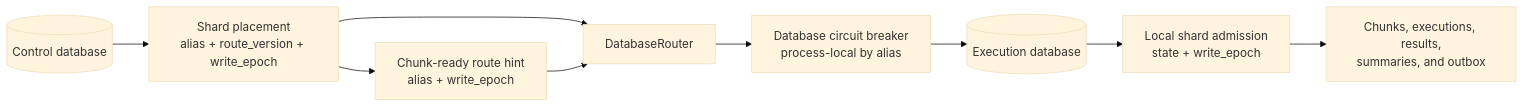
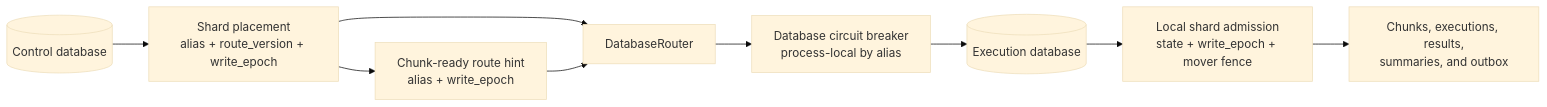
Before and after one commit to gregl83/agent-vigilo: the first of 4 diagrams in web/docs/architecture/scaling/index.mdx, drawn with Mermaid (base theme). The commit also changed other lines of this file and 7 other files, not shown here.

````diff
--- a/web/docs/architecture/scaling/index.mdx
+++ b/web/docs/architecture/scaling/index.mdx
@@ -31,15 +31,15 @@
 ```mermaid
 flowchart LR
     control[("Control database")]
     route["Shard placement<br/>alias + route_version + write_epoch"]
     router["DatabaseRouter"]
     breaker["Database circuit breaker<br/>process-local by alias"]
     message["Chunk-ready route hint<br/>alias + write_epoch"]
     target[("Execution database")]
-    admission["Local shard admission<br/>state + write_epoch"]
+    admission["Local shard admission<br/>state + write_epoch + mover fence"]
     data["Chunks, executions, results,<br/>summaries, and outbox"]
 
     control --> route --> router --> breaker --> target
     route --> message --> router
     target --> admission --> data
 ```
````
